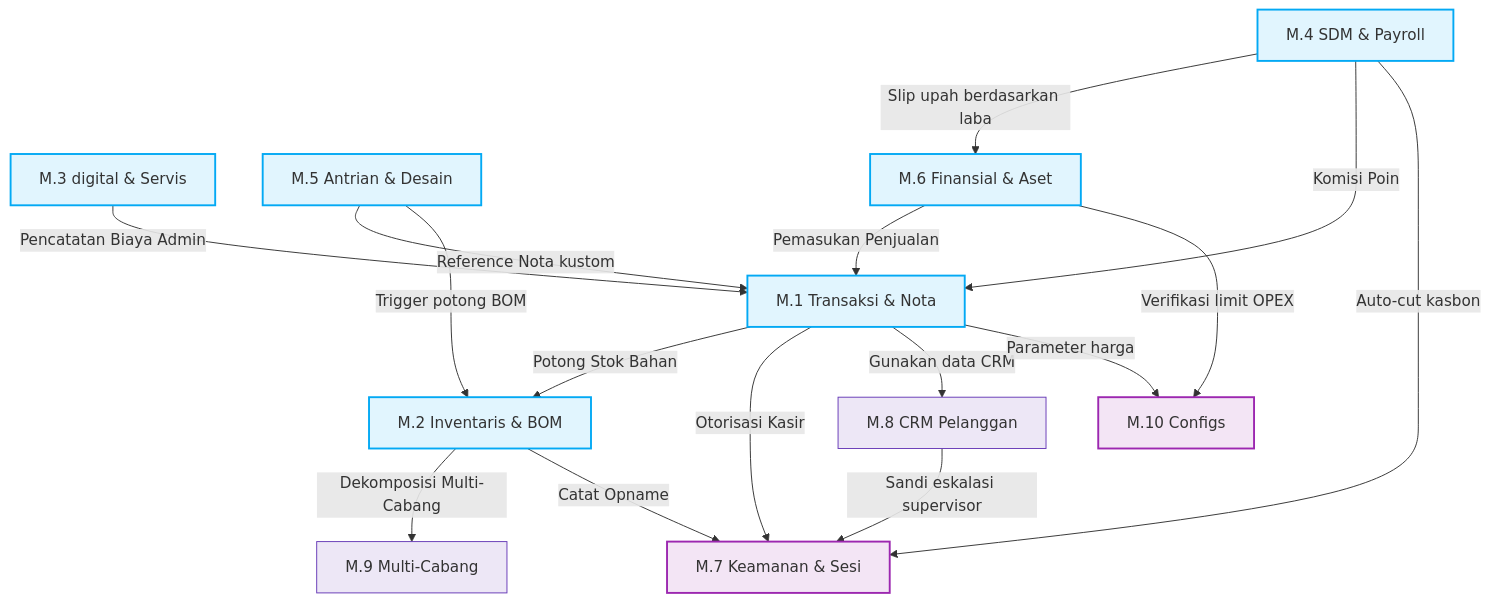
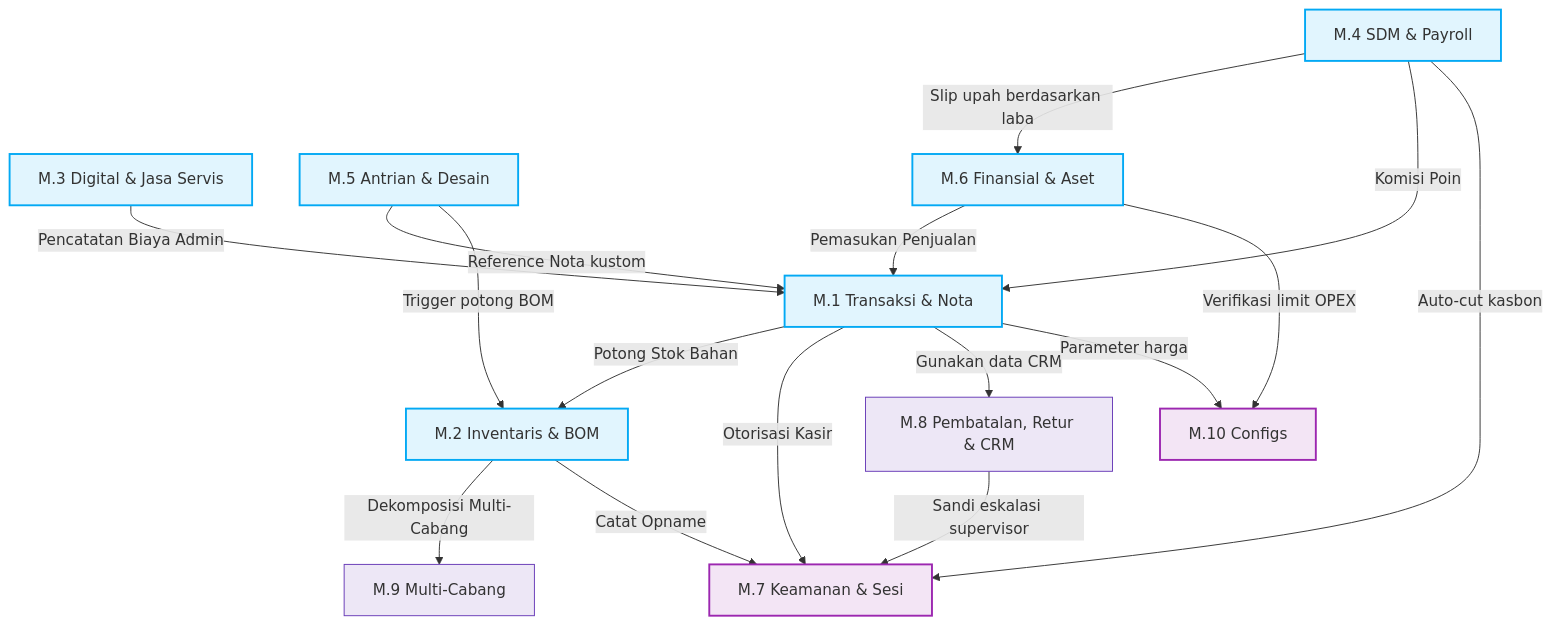
Before and after one commit to tigasatuu/abucom: the fourth of 4 diagrams in docs/sdlc/04_implementation/03_module_structure.md, drawn with Mermaid. The commit also changed other lines of this file and 1 other file, not shown here.

````diff
--- a/docs/sdlc/04_implementation/03_module_structure.md
+++ b/docs/sdlc/04_implementation/03_module_structure.md
@@ -895,40 +926,40 @@
 ```mermaid
 graph TD
     classDef modCore fill:#e1f5fe,stroke:#03a9f4,stroke-width:2px;
     classDef modSupport fill:#ede7f6,stroke:#673ab7,stroke-width:1px;
     classDef modCross fill:#f3e5f5,stroke:#9c27b0,stroke-width:2px;
 
     M1[M.1 Transaksi & Nota]:::modCore
     M2[M.2 Inventaris & BOM]:::modCore
-    M3[M.3 digital & Servis]:::modCore
+    M3[M.3 Digital & Jasa Servis]:::modCore
     M4[M.4 SDM & Payroll]:::modCore
     M5[M.5 Antrian & Desain]:::modCore
     M6[M.6 Finansial & Aset]:::modCore
     M7[M.7 Keamanan & Sesi]:::modCross
-    M8[M.8 CRM Pelanggan]:::modSupport
+    M8[M.8 Pembatalan, Retur & CRM]:::modSupport
     M9[M.9 Multi-Cabang]:::modSupport
     M10[M.10 Configs]:::modCross
 
     %% Hubungan Aliran
     M1 -->|Potong Stok Bahan| M2
     M1 -->|Otorisasi Kasir| M7
     M1 -->|Gunakan data CRM| M8
     M1 -->|Parameter harga| M10
     
     M2 -->|Dekomposisi Multi-Cabang| M9
     M2 -->|Catat Opname| M7
     
     M3 -->|Pencatatan Biaya Admin| M1
     
     M4 -->|Slip upah berdasarkan laba| M6
     M4 -->|Komisi Poin| M1
     M4 -->|Auto-cut kasbon| M7
     
     M5 -->|Reference Nota kustom| M1
     M5 -->|Trigger potong BOM| M2
     
     M6 -->|Pemasukan Penjualan| M1
     M6 -->|Verifikasi limit OPEX| M10
     
     M8 -->|Sandi eskalasi supervisor| M7
 ```
````
